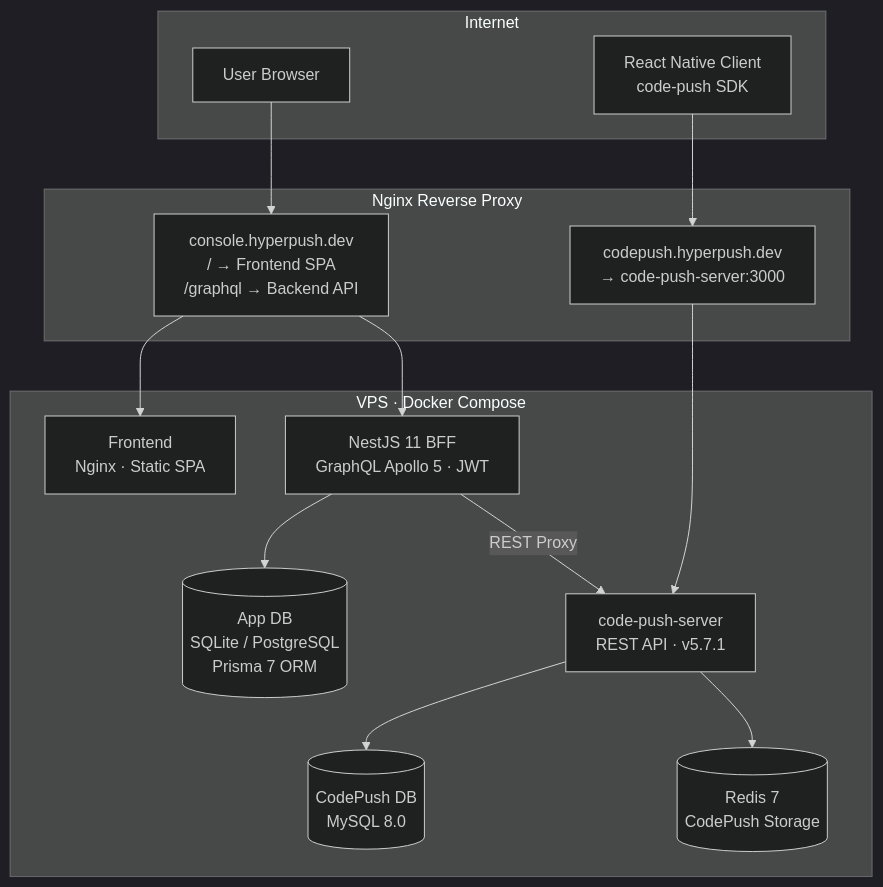
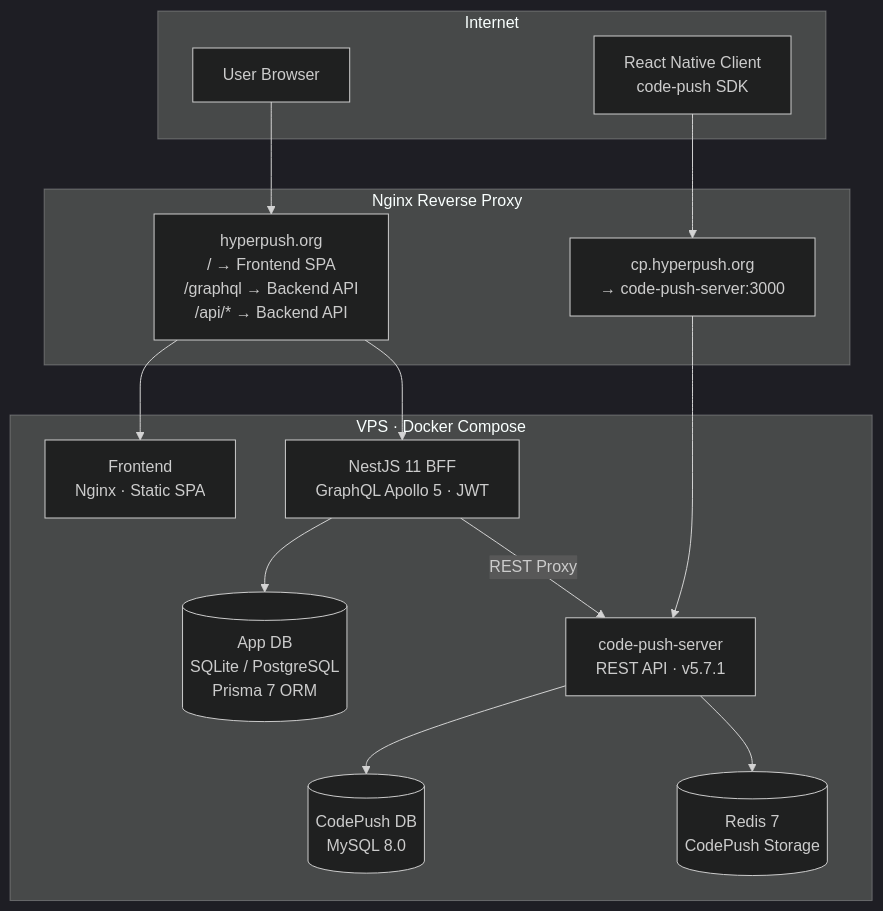
One commit to MrBigPorter/hyper_push changed the first of 2 diagrams in README.md. Above: the diagram before and after it, drawn with Mermaid (dark theme). The commit also changed other lines of this file and 80 other files, not shown here.

````diff
--- a/README.md
+++ b/README.md
@@ -349,31 +349,31 @@
 ```mermaid
 graph TB
     subgraph Internet["Internet"]
         User["User Browser"]
         CPClient["React Native Client<br/>code-push SDK"]
     end
 
     subgraph Nginx["Nginx Reverse Proxy"]
-        CP["codepush.hyperpush.dev<br/>→ code-push-server:3000"]
-        Console["console.hyperpush.dev<br/>/ → Frontend SPA<br/>/graphql → Backend API"]
+        CP["cp.hyperpush.org<br/>→ code-push-server:3000"]
+        Console["hyperpush.org<br/>/ → Frontend SPA<br/>/graphql → Backend API<br/>/api/* → Backend API"]
     end
 
     subgraph VPS["VPS · Docker Compose"]
         Frontend["Frontend<br/>Nginx · Static SPA"]
         Backend["NestJS 11 BFF<br/>GraphQL Apollo 5 · JWT"]
         CodePush["code-push-server<br/>REST API · v5.7.1"]
         DB[("App DB<br/>SQLite / PostgreSQL<br/>Prisma 7 ORM")]
         MySQL[("CodePush DB<br/>MySQL 8.0")]
         Redis[("Redis 7<br/>CodePush Storage")]
     end
 
     User --> Console
     CPClient --> CP
     Console --> Frontend
     Console --> Backend
     CP --> CodePush
     Backend --> DB
     Backend -->|REST Proxy| CodePush
     CodePush --> MySQL
     CodePush --> Redis
 ```
````
